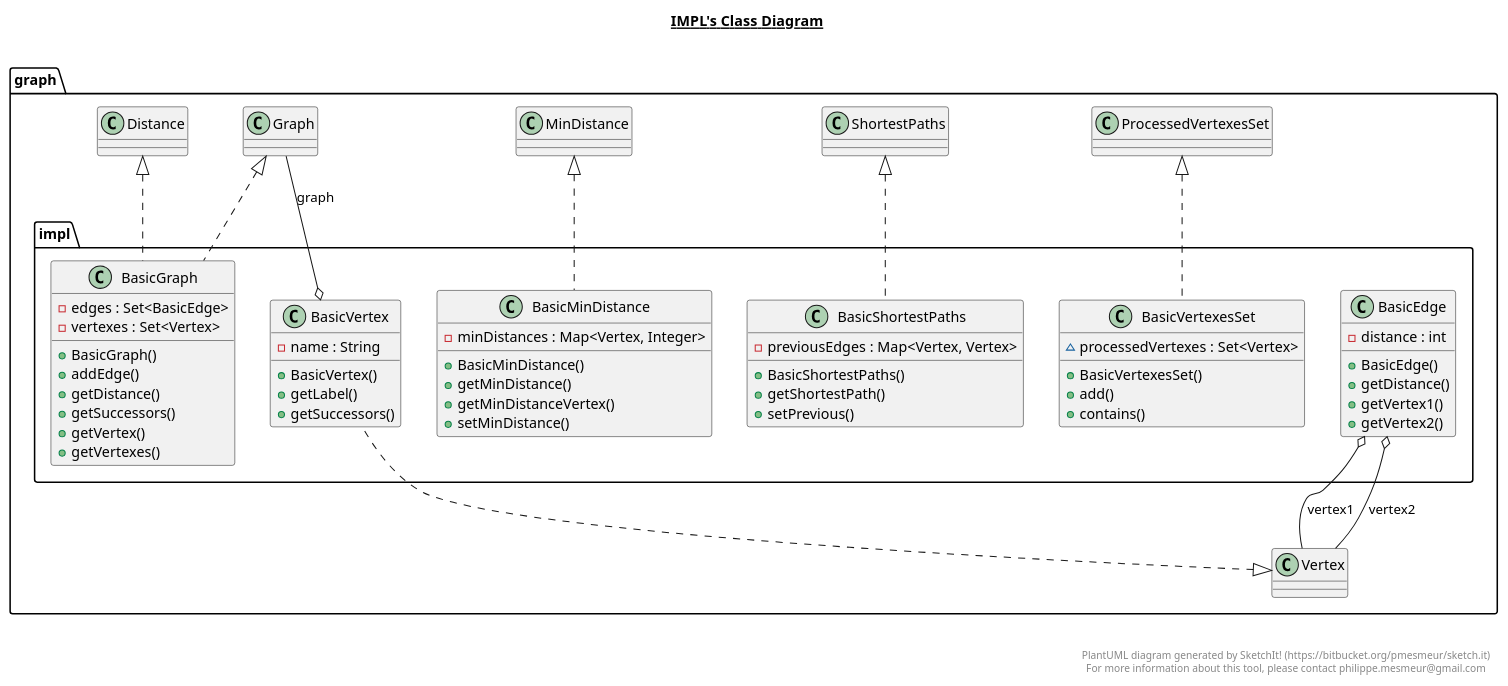
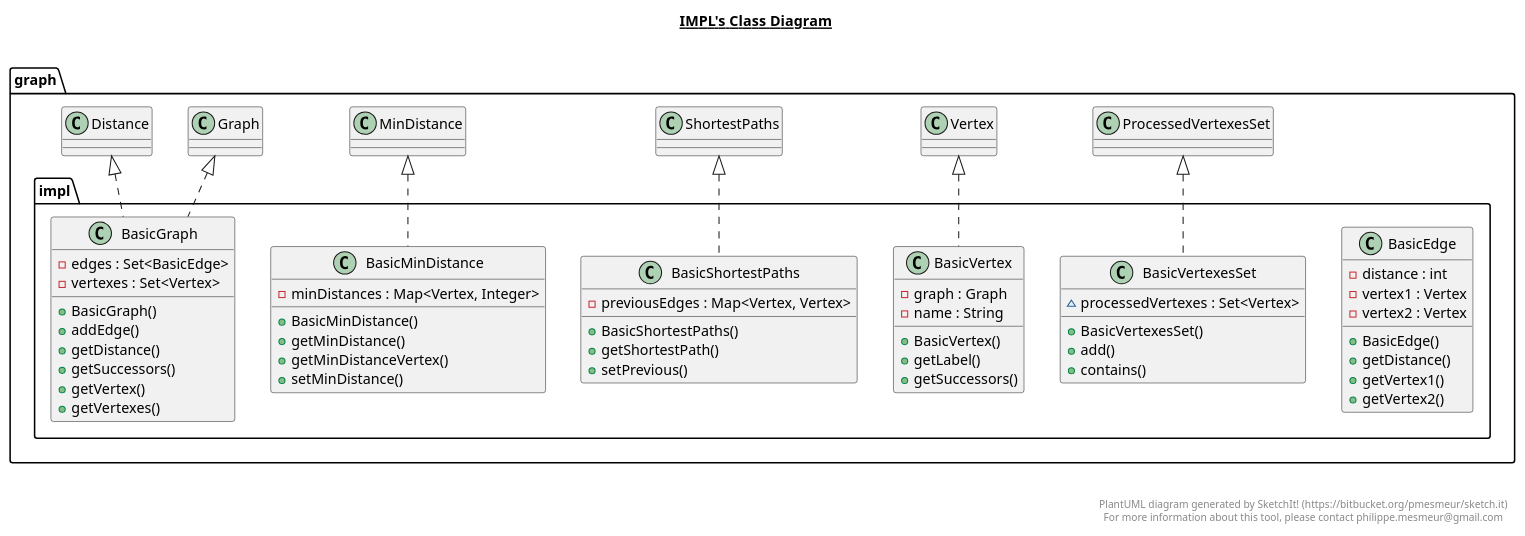
The diagram in bin/graph/impl/impl.plantuml (kali973/tp06MazuiDijkstra), drawn with PlantUML before and after one commit. The commit also changed 230 other files, not shown here.

```diff
--- a/bin/graph/impl/impl.plantuml
+++ b/bin/graph/impl/impl.plantuml
@@ -1,101 +1,101 @@
 @startuml
 
 title __IMPL's Class Diagram__\n
 
   namespace graph {
     namespace impl {
       class graph.impl.BasicEdge {
           - distance : int
+          - vertex1 : Vertex
+          - vertex2 : Vertex
           + BasicEdge()
           + getDistance()
           + getVertex1()
           + getVertex2()
       }
     }
   }
   
 
   namespace graph {
     namespace impl {
       class graph.impl.BasicGraph {
           - edges : Set<BasicEdge>
           - vertexes : Set<Vertex>
           + BasicGraph()
           + addEdge()
           + getDistance()
           + getSuccessors()
           + getVertex()
           + getVertexes()
       }
     }
   }
   
 
   namespace graph {
     namespace impl {
       class graph.impl.BasicMinDistance {
           - minDistances : Map<Vertex, Integer>
           + BasicMinDistance()
           + getMinDistance()
           + getMinDistanceVertex()
           + setMinDistance()
       }
     }
   }
   
 
   namespace graph {
     namespace impl {
       class graph.impl.BasicShortestPaths {
           - previousEdges : Map<Vertex, Vertex>
           + BasicShortestPaths()
           + getShortestPath()
           + setPrevious()
       }
     }
   }
   
 
   namespace graph {
     namespace impl {
       class graph.impl.BasicVertex {
+          - graph : Graph
           - name : String
           + BasicVertex()
           + getLabel()
           + getSuccessors()
       }
     }
   }
   
 
   namespace graph {
     namespace impl {
       class graph.impl.BasicVertexesSet {
           ~ processedVertexes : Set<Vertex>
           + BasicVertexesSet()
           + add()
           + contains()
       }
     }
   }
   
 
-  graph.impl.BasicEdge o-- graph.Vertex : vertex1
-  graph.impl.BasicEdge o-- graph.Vertex : vertex2
   graph.impl.BasicGraph .up.|> graph.Distance
   graph.impl.BasicGraph .up.|> graph.Graph
   graph.impl.BasicMinDistance .up.|> graph.MinDistance
   graph.impl.BasicShortestPaths .up.|> graph.ShortestPaths
   graph.impl.BasicVertex .up.|> graph.Vertex
-  graph.impl.BasicVertex o-- graph.Graph : graph
   graph.impl.BasicVertexesSet .up.|> graph.ProcessedVertexesSet
 
 
 right footer
 
 
 PlantUML diagram generated by SketchIt! (https://bitbucket.org/pmesmeur/sketch.it)
 For more information about this tool, please contact philippe.mesmeur@gmail.com
 endfooter
 
 @enduml
```
